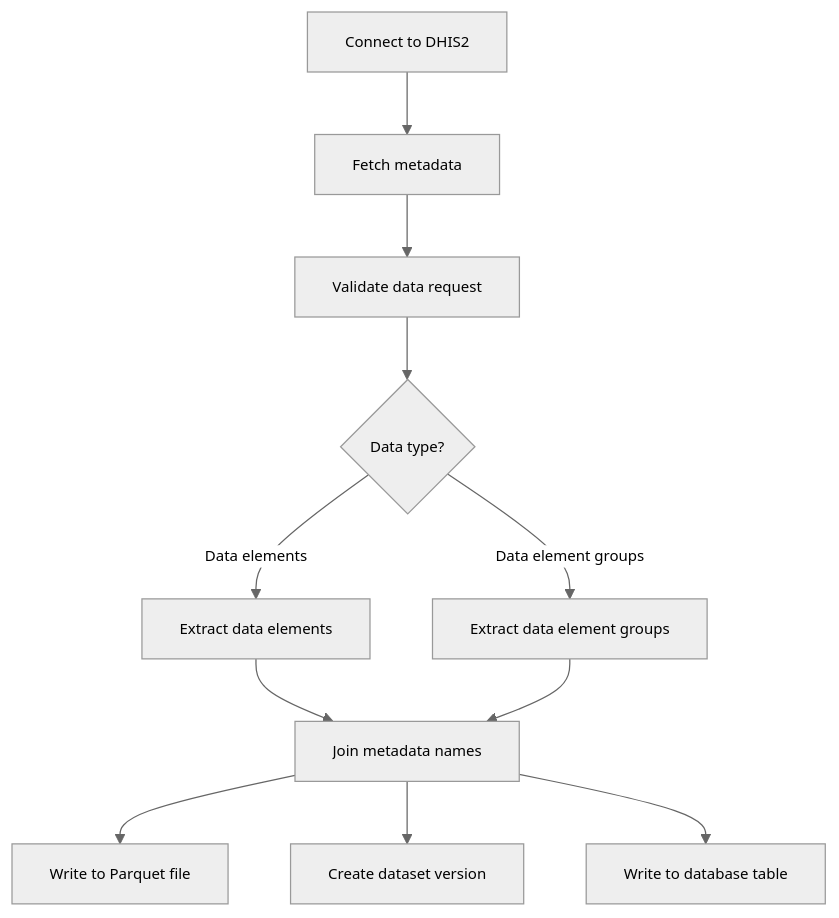
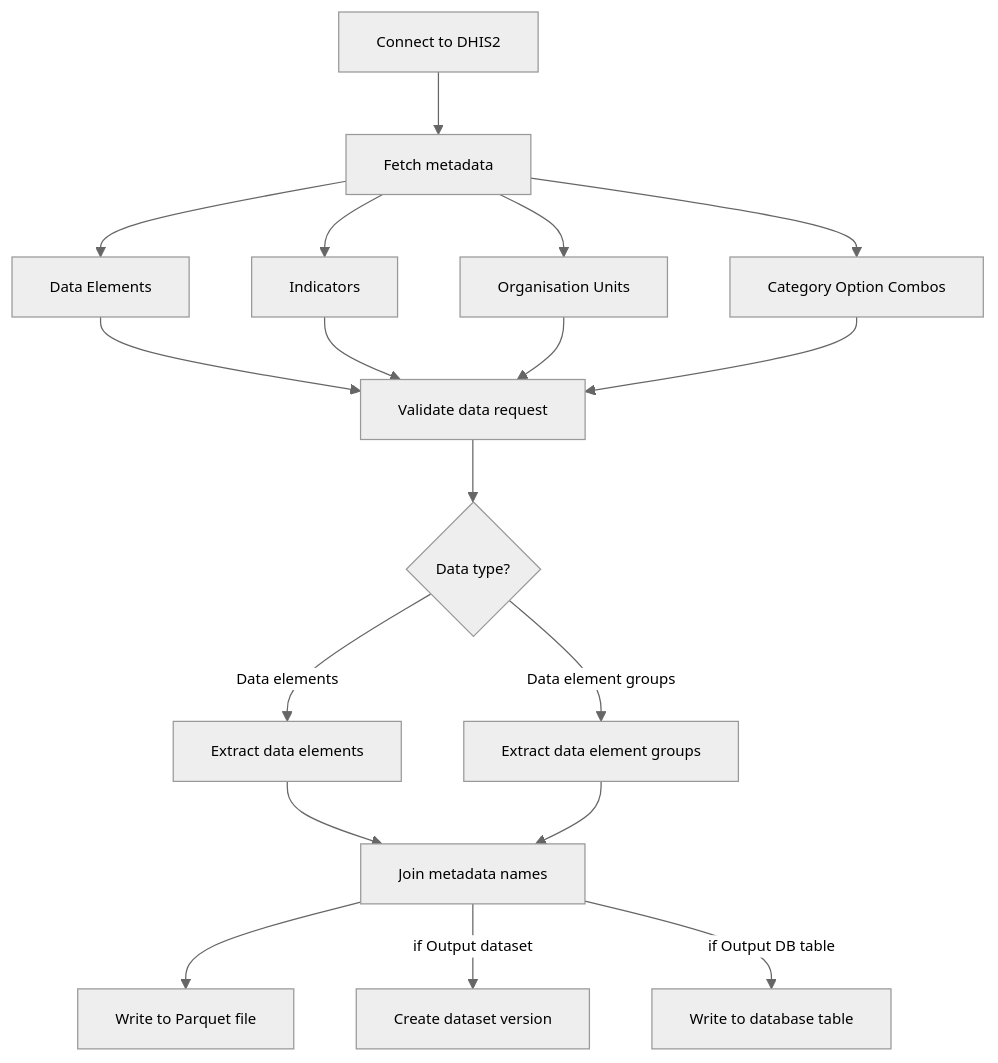
One commit to BLSQ/openhexa-templates-ds changed the diagram in dhis2_extract_data_elements/README.md. Above: the diagram before and after it, drawn with Mermaid. The commit also changed other lines of this file and 8 other files, not shown here.

````diff
--- a/dhis2_extract_data_elements/README.md
+++ b/dhis2_extract_data_elements/README.md
@@ -89,23 +97,30 @@
 ```mermaid
 %%{init: 
 {
   "theme": "neutral",
   "themeVariables": {
     "fontFamily": "Barlow",
     "fontSize": "12px"
  }
 }
 }%%
 flowchart TD
     A[Connect to DHIS2]
     A --> C[Fetch metadata]
-    C --> D[Validate data request]
+    C --> C1[Data Elements]
+    C --> C2[Indicators]
+    C --> C3[Organisation Units]
+    C --> C4[Category Option Combos]
+    C1 --> D[Validate data request]
+    C2 --> D
+    C3 --> D
+    C4 --> D
     D --> E{Data type?}
-    E -->|Data elements| F[Extract data elements]
-    E -->|Data element groups| G[Extract data element groups]
+    E -- Data elements --> F[Extract data elements]
+    E -- Data element groups --> G[Extract data element groups]
     F --> H[Join metadata names]
     G --> H
     H --> J[Write to Parquet file]
-    H --> K[Create dataset version]
-    H --> L[Write to database table]
+    H -- if Output dataset --> K[Create dataset version]
+    H -- if Output DB table --> L[Write to database table]
 ```
````
